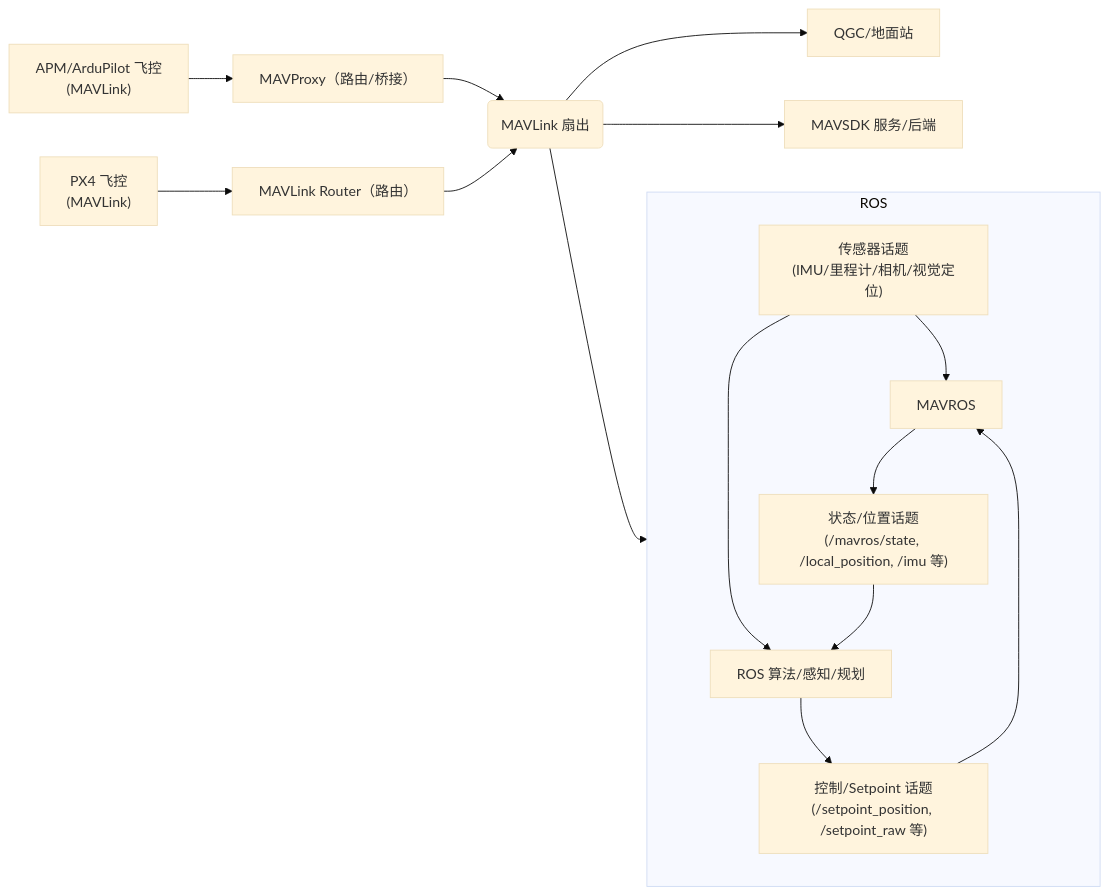
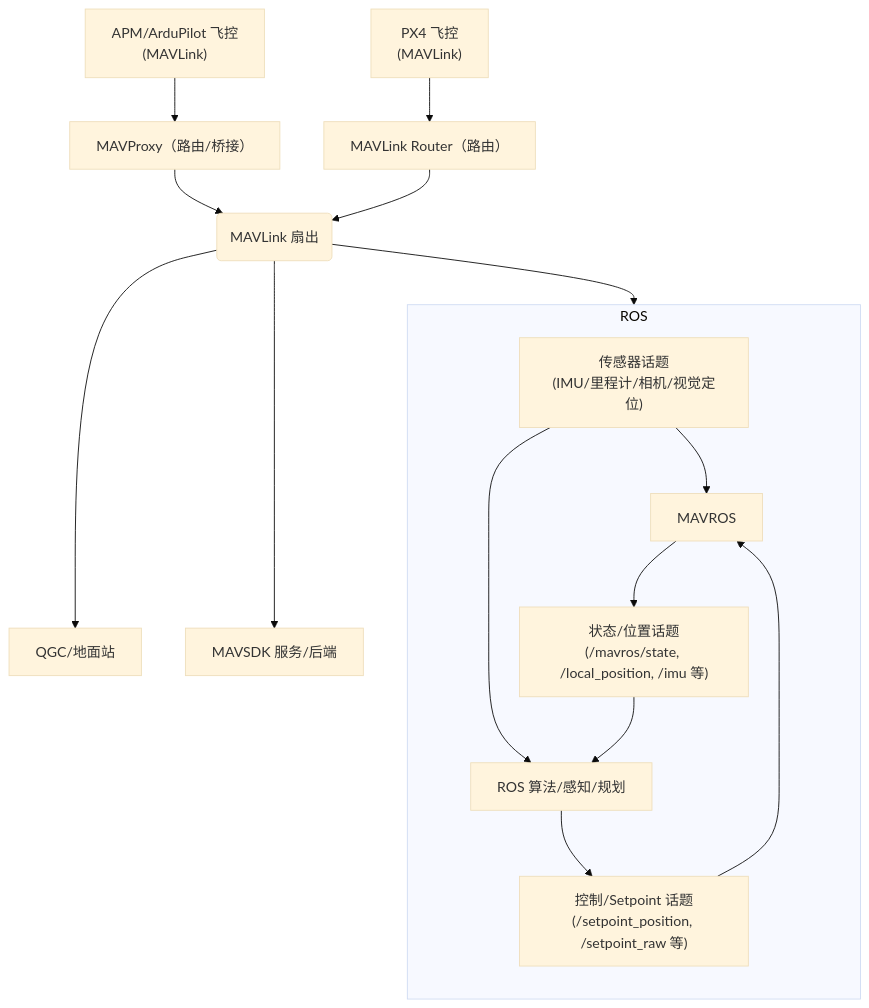
The diagram in content/cn/blog/MAVLink/mavros-mavproxy-apm-use-cases-differences-tradeoffs.md (pinyinjj/Docsy), drawn with Mermaid (base theme) before and after one commit. The commit also changed other lines of this file, not shown here.

````diff
--- a/content/cn/blog/MAVLink/mavros-mavproxy-apm-use-cases-differences-tradeoffs.md
+++ b/content/cn/blog/MAVLink/mavros-mavproxy-apm-use-cases-differences-tradeoffs.md
@@ -15,30 +12,30 @@
 ```mermaid
-flowchart LR
+flowchart TB
   A["APM/ArduPilot 飞控<br/>(MAVLink)"] --> RP["MAVProxy（路由/桥接）"]
   P["PX4 飞控<br/>(MAVLink)"] --> RR["MAVLink Router（路由）"]
   RP --> O("MAVLink 扇出")
   RR --> O
   O --> Q["QGC/地面站"]
   O --> S["MAVSDK 服务/后端"]
   O --> M
   
   %% ROS 子图（组合与数据流）
   subgraph ROS
     direction TB
     M["MAVROS"]
     RA["ROS 算法/感知/规划"]
     Tpub["状态/位置话题<br/>(/mavros/state, /local_position, /imu 等)"]
     Tsub["控制/Setpoint 话题<br/>(/setpoint_position, /setpoint_raw 等)"]
     Tsensor["传感器话题<br/>(IMU/里程计/相机/视觉定位)"]
     
     M --> Tpub
     Tpub --> RA
     RA --> Tsub
     Tsub --> M
     Tsensor --> RA
     Tsensor --> M
   end
   
   %% 可选：飞控直连地面站（仅人控/参数/任务管理）
   
 ```
````
